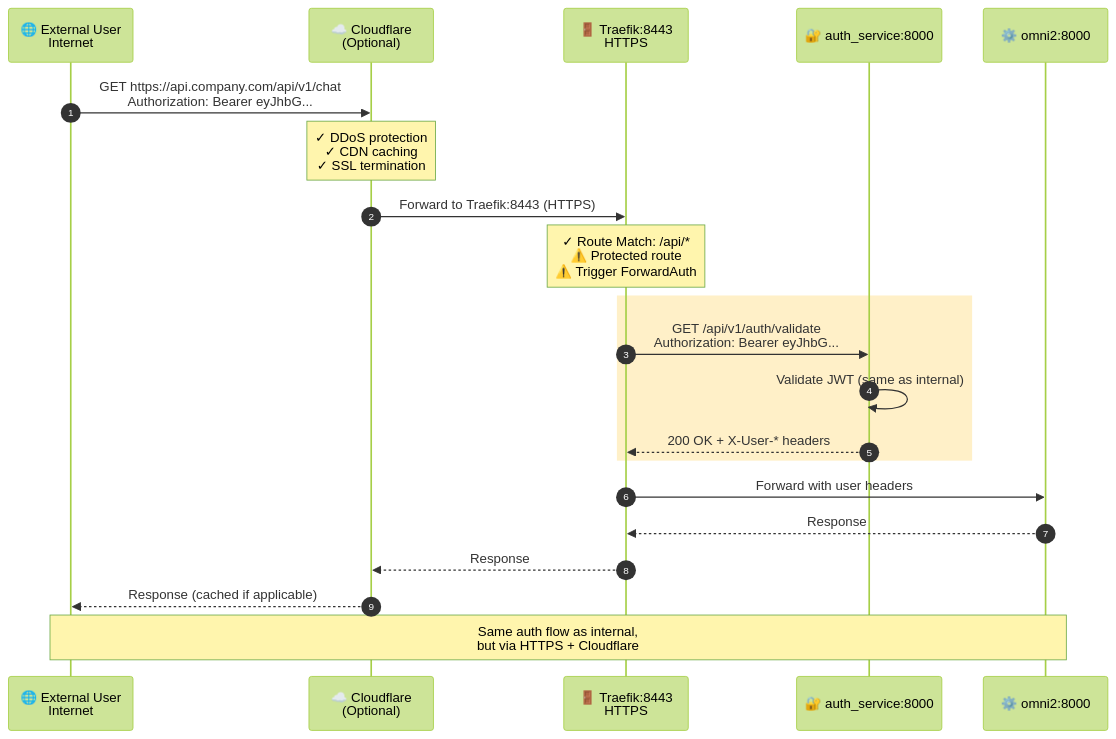
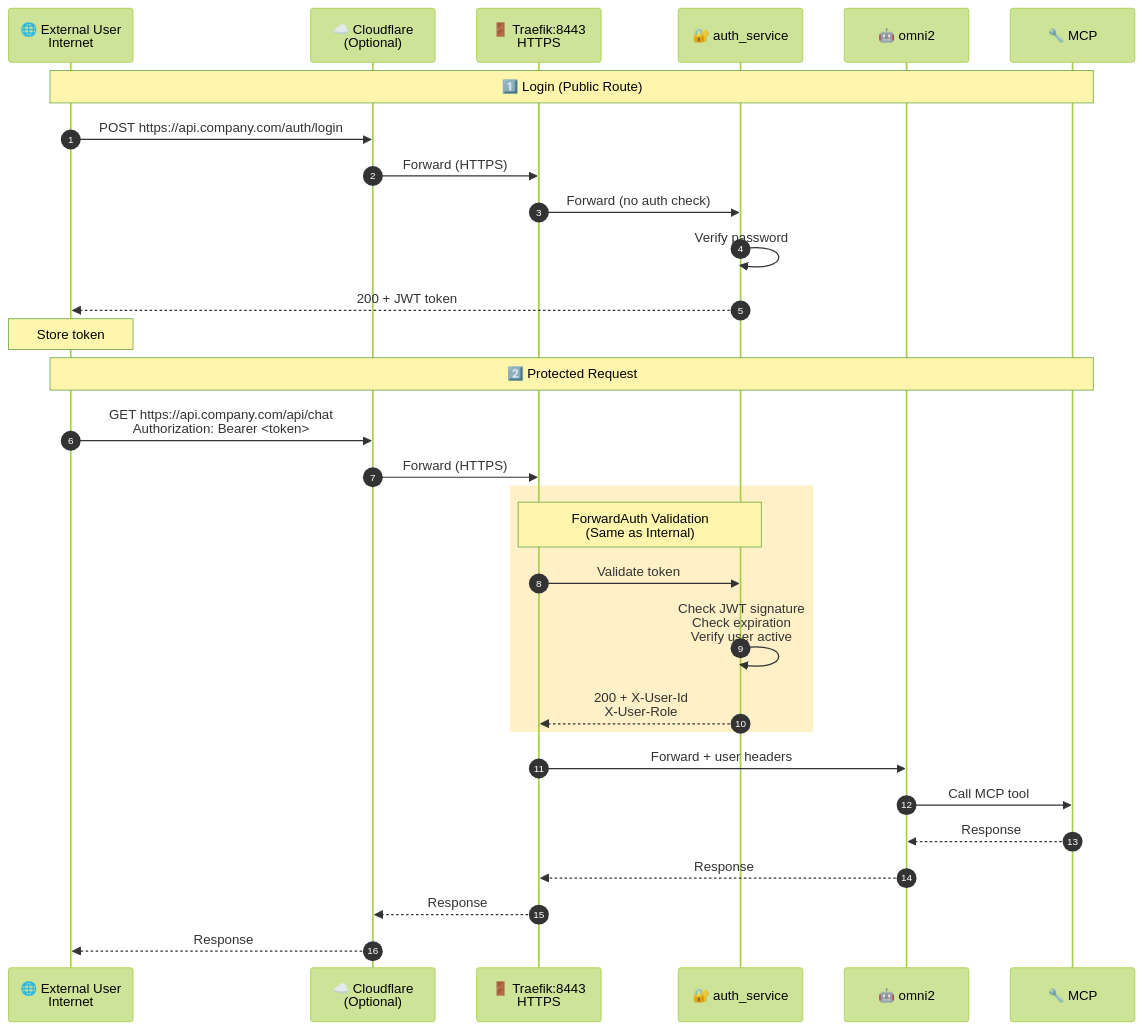
One commit to aviciot/omni2-bridge changed the third of 3 diagrams in README.md. Above: the diagram before and after it, drawn with Mermaid (forest theme). The commit also changed other lines of this file, not shown here.

Commit message:
Simplify architecture: separate internal/external flows, cleaner diagrams

````diff
--- a/README.md
+++ b/README.md
@@ -312,27 +231,36 @@
 ```mermaid
 sequenceDiagram
     autonumber
     participant E as 🌐 External User<br/>Internet
     participant CF as ☁️ Cloudflare<br/>(Optional)
     participant T as 🚪 Traefik:8443<br/>HTTPS
-    participant A as 🔐 auth_service:8000
-    participant O as ⚙️ omni2:8000
+    participant A as 🔐 auth_service
+    participant O as 🤖 omni2
+    participant M as 🔧 MCP
 
-    E->>CF: GET https://api.company.com/api/v1/chat<br/>Authorization: Bearer eyJhbG...
-    Note over CF: ✓ DDoS protection<br/>✓ CDN caching<br/>✓ SSL termination
-    CF->>T: Forward to Traefik:8443 (HTTPS)
-    Note over T: ✓ Route Match: /api/*<br/>⚠️ Protected route<br/>⚠️ Trigger ForwardAuth
+    Note over E,M: 1️⃣ Login (Public Route)
+    E->>CF: POST https://api.company.com/auth/login
+    CF->>T: Forward (HTTPS)
+    T->>A: Forward (no auth check)
+    A->>A: Verify password
+    A-->>E: 200 + JWT token
+    Note over E: Store token
+
+    Note over E,M: 2️⃣ Protected Request
+    E->>CF: GET https://api.company.com/api/chat<br/>Authorization: Bearer <token>
+    CF->>T: Forward (HTTPS)
     
     rect rgb(255, 240, 200)
-        T->>A: GET /api/v1/auth/validate<br/>Authorization: Bearer eyJhbG...
-        A->>A: Validate JWT (same as internal)
-        A-->>T: 200 OK + X-User-* headers
+        Note over T,A: ForwardAuth Validation<br/>(Same as Internal)
+        T->>A: Validate token
+        A->>A: Check JWT signature<br/>Check expiration<br/>Verify user active
+        A-->>T: 200 + X-User-Id<br/>X-User-Role
     end
     
-    T->>O: Forward with user headers
+    T->>O: Forward + user headers
+    O->>M: Call MCP tool
+    M-->>O: Response
     O-->>T: Response
     T-->>CF: Response
-    CF-->>E: Response (cached if applicable)
-    
-    Note over E,O: Same auth flow as internal,<br/>but via HTTPS + Cloudflare
+    CF-->>E: Response
 ```
````
